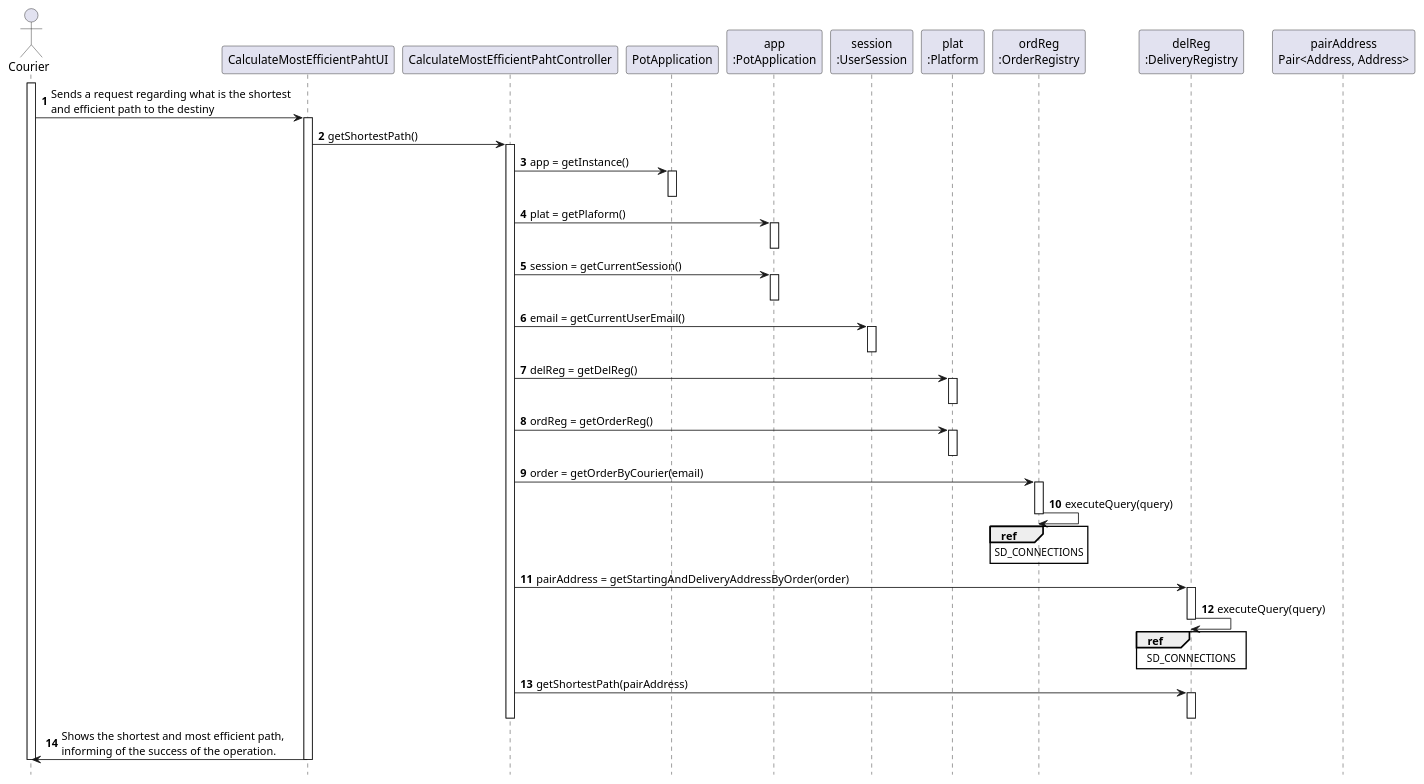
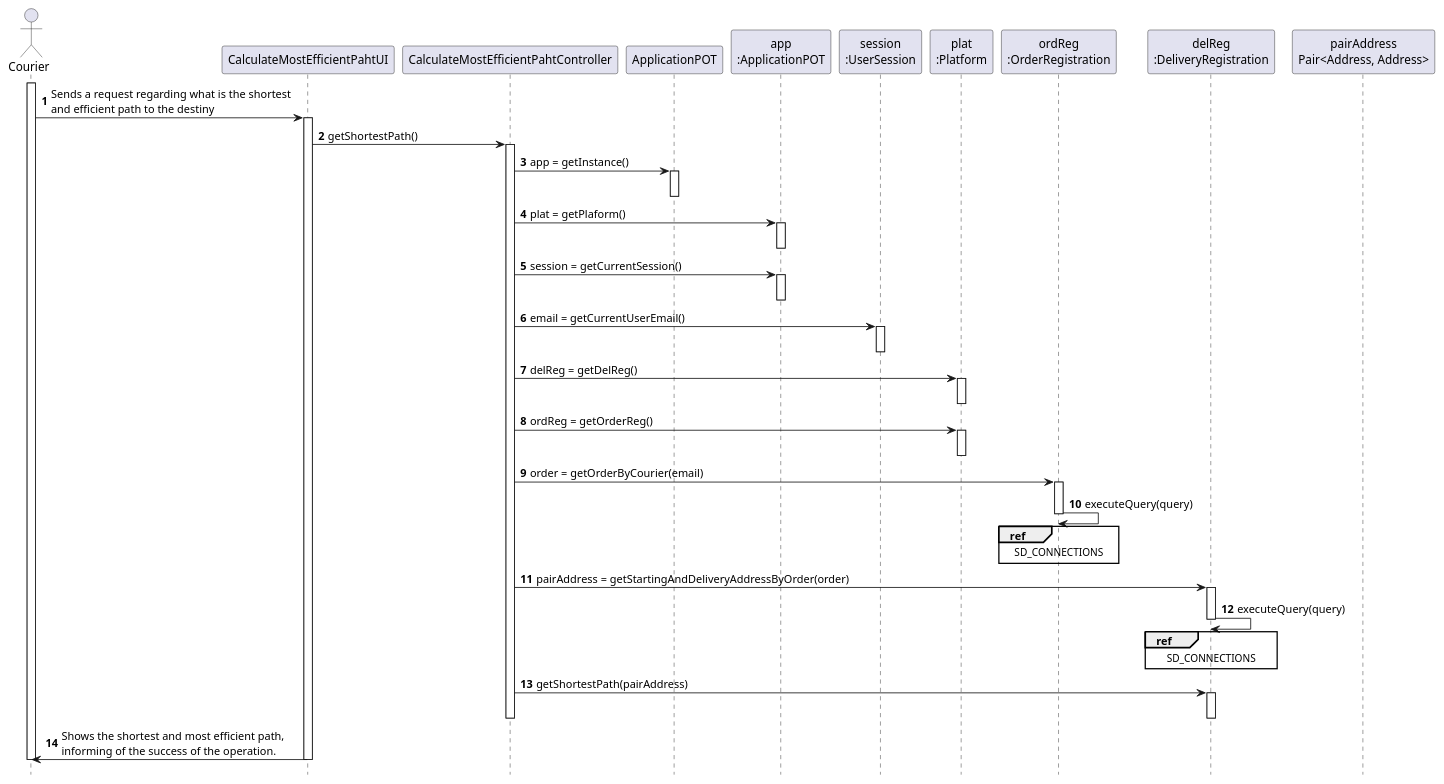
One commit to tiagoavcosta25/LAPR3 changed the diagram in docs/Iteration 1/Delivery Management/US23_CalculateMostEfficientPath/US23_SD.puml. Above: the diagram before and after it, drawn with PlantUML. The commit also changed 16 other files, not shown here.

Commit message:
LAPR2AP2-121 #fixing SD and CD [Design] LAPR2AP2-127 #close SSD, MD, SD and CD [Design] LAPR2AP2-124 #fixing diagram issues [Design]

```diff
--- a/docs/Iteration 1/Delivery Management/US23_CalculateMostEfficientPath/US23_SD.puml
+++ b/docs/Iteration 1/Delivery Management/US23_CalculateMostEfficientPath/US23_SD.puml
@@ -1,66 +1,66 @@
 @startuml
 autonumber
 hide footbox
 
 actor "Courier" as COUR
 
 participant "CalculateMostEfficientPahtUI" as UI
 participant "CalculateMostEfficientPahtController" as CTRL
-participant "PotApplication" as _APP
-participant "app\n:PotApplication" as APP
+participant "ApplicationPOT" as _APP
+participant "app\n:ApplicationPOT" as APP
 participant "session\n:UserSession" as SESSION
 participant "plat\n:Platform" as PLAT
-participant "ordReg\n:OrderRegistry" as ORDREG
-participant "delReg\n:DeliveryRegistry" as DELREG
+participant "ordReg\n:OrderRegistration" as ORDREG
+participant "delReg\n:DeliveryRegistration" as DELREG
 participant "pairAddress\nPair<Address, Address>" as PAIR
 
 activate COUR
 
 COUR -> UI : Sends a request regarding what is the shortest \nand efficient path to the destiny
 activate UI
 UI -> CTRL : getShortestPath()
 activate CTRL
 CTRL -> _APP: app = getInstance()
 activate _APP
 deactivate _APP
 
 CTRL -> APP: plat = getPlaform()
 activate APP
 deactivate APP
 CTRL -> APP: session = getCurrentSession()
 activate APP
 deactivate APP
 
 CTRL -> SESSION : email = getCurrentUserEmail()
 activate SESSION
 deactivate SESSION
 
 CTRL -> PLAT : delReg = getDelReg()
 
 activate PLAT
 deactivate PLAT
 
 CTRL -> PLAT : ordReg = getOrderReg()
 
 activate PLAT
 deactivate PLAT
 
 CTRL -> ORDREG : order = getOrderByCourier(email)
 activate ORDREG
 ORDREG -> ORDREG : executeQuery(query)
 ref over ORDREG : SD_CONNECTIONS
 deactivate ORDREG
 CTRL -> DELREG : pairAddress = getStartingAndDeliveryAddressByOrder(order)
 activate DELREG
 DELREG -> DELREG : executeQuery(query)
 ref over DELREG : SD_CONNECTIONS
 deactivate DELREG
 CTRL -> DELREG : getShortestPath(pairAddress)
 activate DELREG
 deactivate DELREG
 deactivate CTRL
 UI -> COUR : Shows the shortest and most efficient path, \ninforming of the success of the operation.
 deactivate UI
 deactivate COUR
 
 @enduml
```
